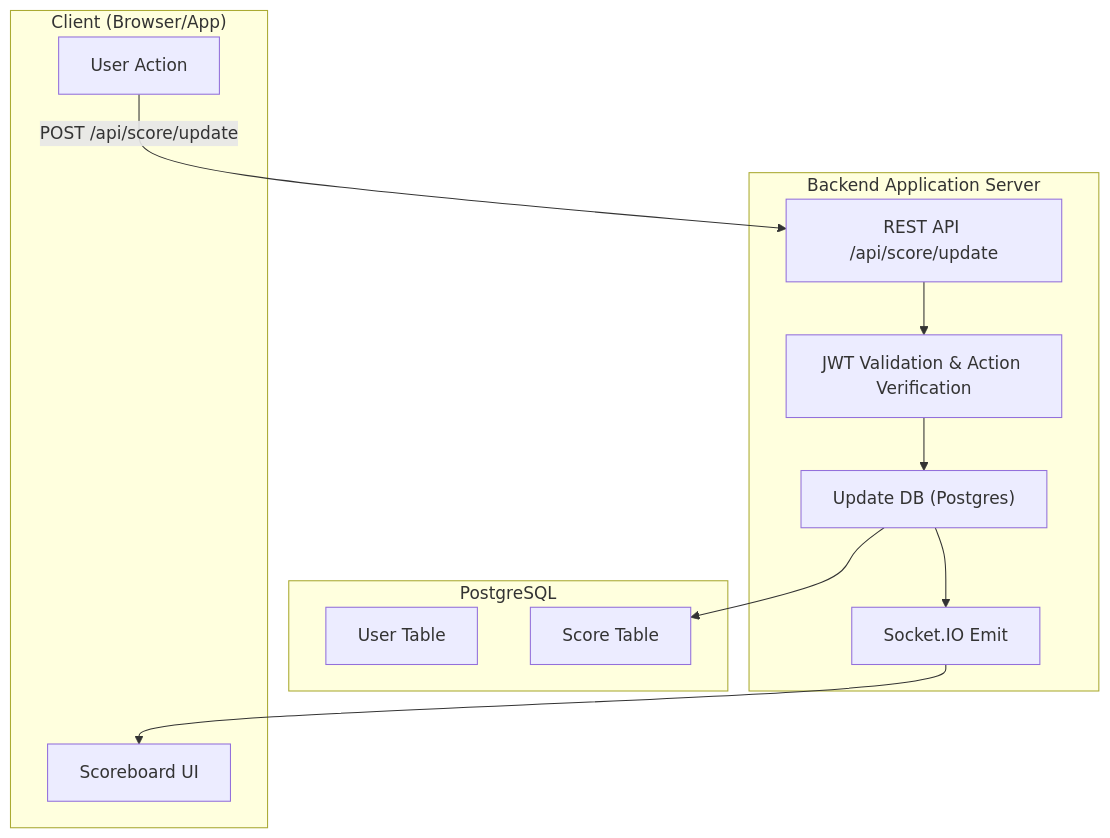
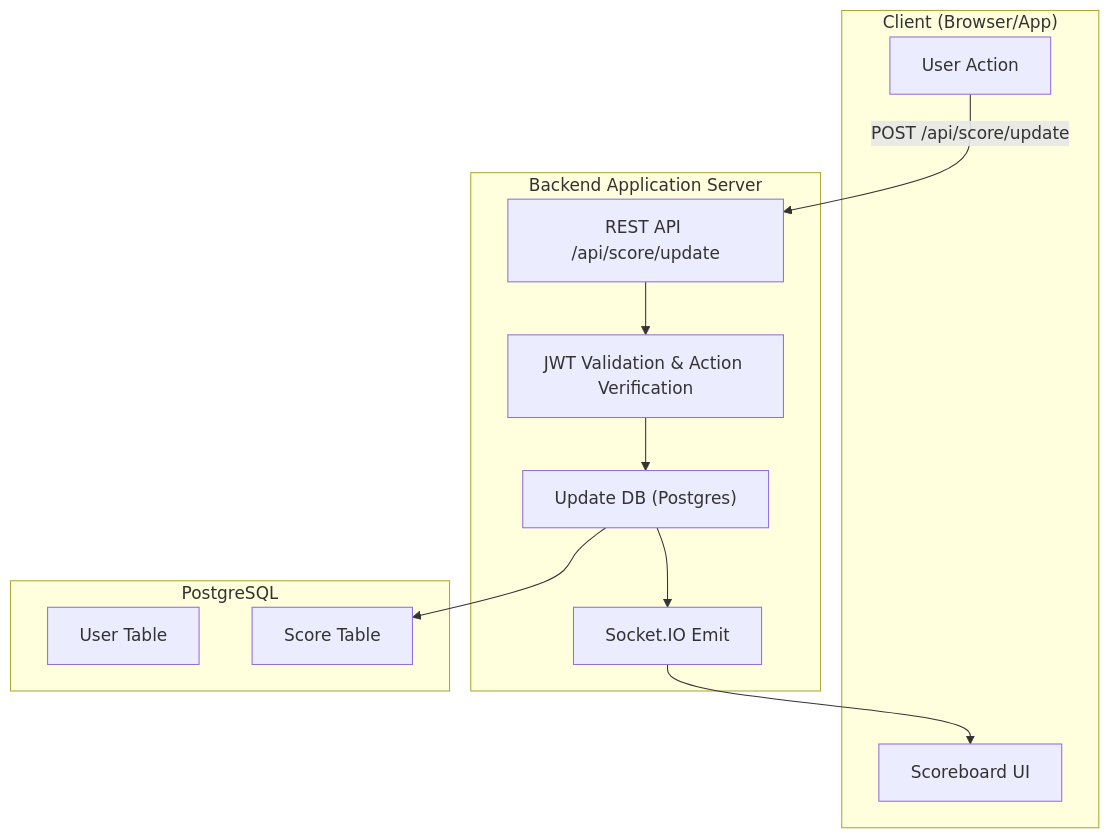
Before and after one commit to lvhoanthanh/react-login: the diagram in backend/readme.md, drawn with Mermaid.

````diff
--- a/backend/readme.md
+++ b/backend/readme.md
@@ -185,25 +185,25 @@
 ```mermaid
 flowchart TB
-  
-    subgraph DB["PostgreSQL"]
-        D1["User Table"]
-        D2["Score Table"]
+
+    subgraph Client["Client (Browser/App)"]
+        A1["User Action"]
+        A2["Scoreboard UI"]
     end
 
     subgraph Backend["Backend Application Server"]
         B1["REST API /api/score/update"]
         B2["JWT Validation & Action Verification"]
         B3["Update DB (Postgres)"]
         B4["Socket.IO Emit"]
     end
 
-    subgraph Client["Client (Browser/App)"]
-        A1["User Action"]
-        A2["Scoreboard UI"]
+    subgraph DB["PostgreSQL"]
+        D1["User Table"]
+        D2["Score Table"]
     end
 
     %% Flow
     A1 -->|POST /api/score/update| B1
     B1 --> B2 --> B3 --> D2
     B3 --> B4 --> A2
 ```
````
